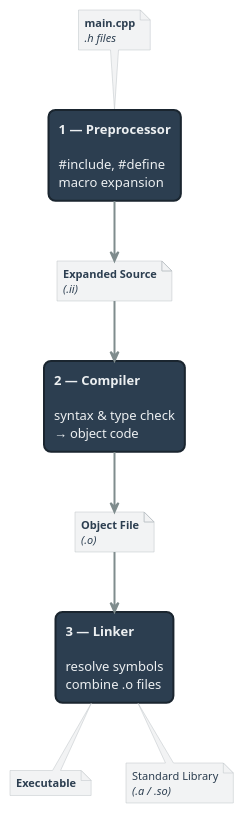
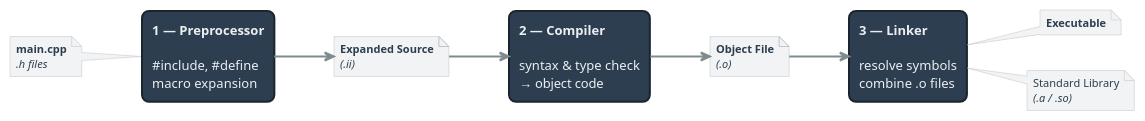
One commit to 9mytmh5z4p-sketch/CISP360 changed the diagram in p360_lecture_15.01/topic_1_compiler_works.qmd. Above: the diagram before and after it, drawn with PlantUML. The commit also changed other lines of this file and 10 other files, not shown here.

````diff
--- a/p360_lecture_15.01/topic_1_compiler_works.qmd
+++ b/p360_lecture_15.01/topic_1_compiler_works.qmd
@@ -19,72 +19,72 @@
 ```{.plantuml}
 @startuml compilation_stages
 
 skinparam backgroundColor #FFFFFF
 skinparam defaultFontName "Helvetica Neue"
 skinparam defaultFontSize 13
 
 skinparam rectangle {
   BackgroundColor #2C3E50
   FontColor #ECEFF1
   BorderColor #1A252F
   BorderThickness 2
   RoundCorner 14
   FontSize 13
 }
 
 skinparam note {
   BackgroundColor #F2F3F4
   BorderColor #BDC3C7
   FontColor #2C3E50
   FontSize 11
 }
 
 skinparam arrow {
   Color #7F8C8D
   FontColor #5D6D7E
   FontSize 10
   Thickness 2
 }
 
-top to bottom direction
+left to right direction
 
 note as N0
   <b>main.cpp</b>
   <i>.h files</i>
 end note
 
 rectangle "<b>1 — Preprocessor</b>\n\n&#35;include, &#35;define\nmacro expansion" as P
 
 note as N1
   <b>Expanded Source</b>
   <i>(.ii)</i>
 end note
 
 rectangle "<b>2 — Compiler</b>\n\nsyntax & type check\n→ object code" as C
 
 note as N2
   <b>Object File</b>
   <i>(.o)</i>
 end note
 
 rectangle "<b>3 — Linker</b>\n\nresolve symbols\ncombine .o files" as L
 
 note as N3
   <b>Executable</b>
 end note
 
 note as LIB
   Standard Library
   <i>(.a / .so)</i>
 end note
 
 N0 --> P
 P --> N1
 N1 --> C
 C --> N2
 N2 --> L
 L --> N3
 LIB -up-> L
 
 @enduml
 ```
````
